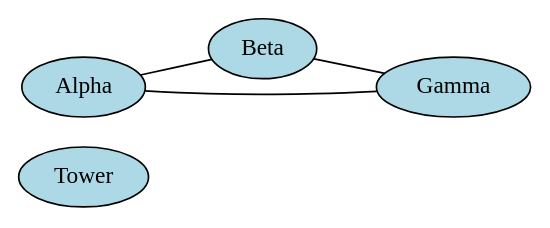
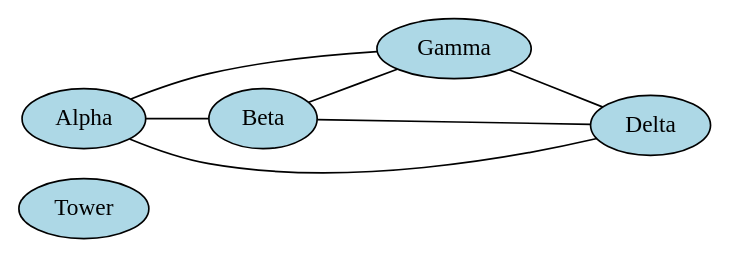
Before and after one commit to zeinabhosseinii/aria-model-checker: the diagram in output/SlotGuard/RIG.dot, drawn with Graphviz. The commit also changed 8 other files, not shown here.

```diff
--- a/output/SlotGuard/RIG.dot
+++ b/output/SlotGuard/RIG.dot
@@ -1,10 +1,14 @@
 graph RIG {
   rankdir=LR;
   "Tower" [shape=ellipse, style=filled, fillcolor=lightblue];
   "Alpha" [shape=ellipse, style=filled, fillcolor=lightblue];
   "Beta" [shape=ellipse, style=filled, fillcolor=lightblue];
   "Gamma" [shape=ellipse, style=filled, fillcolor=lightblue];
+  "Delta" [shape=ellipse, style=filled, fillcolor=lightblue];
   "Alpha" -- "Beta";
   "Alpha" -- "Gamma";
+  "Alpha" -- "Delta";
   "Beta" -- "Gamma";
+  "Beta" -- "Delta";
+  "Gamma" -- "Delta";
 }
```
